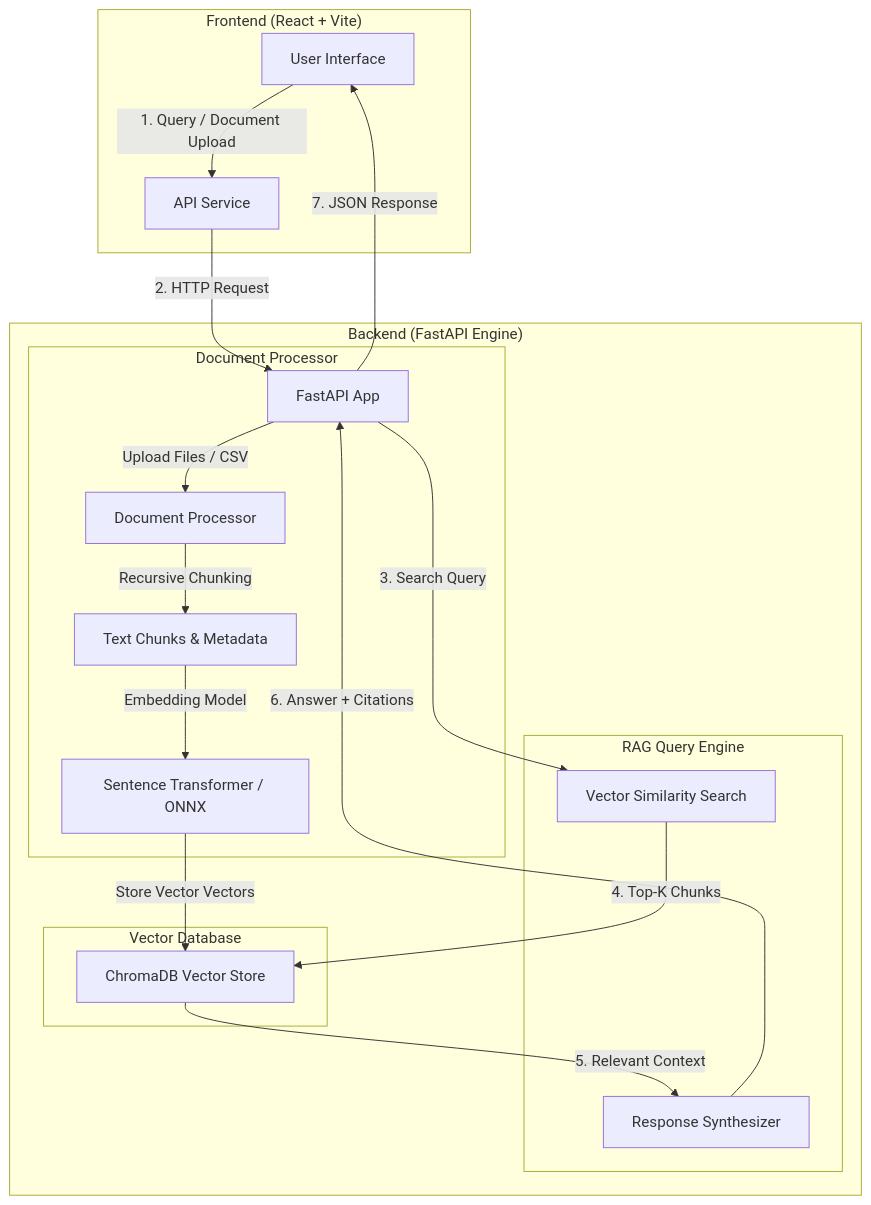
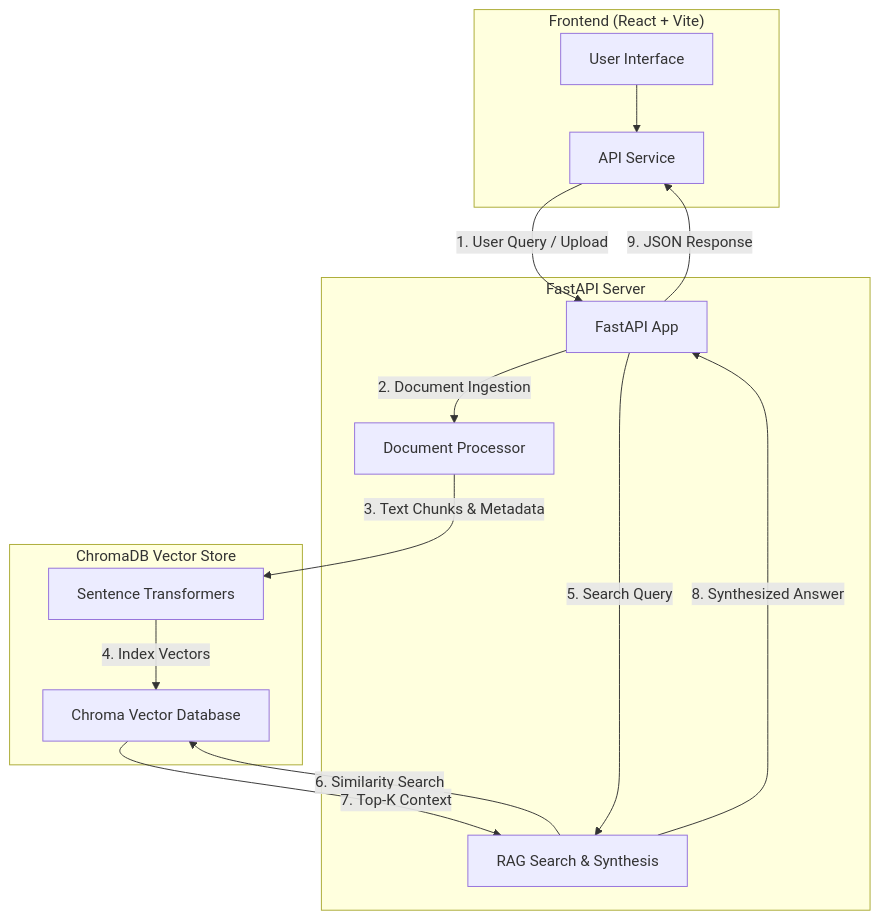
The diagram in README.md (ThilakesB/Bank-of-Librio), drawn with Mermaid before and after one commit.

Commit message:
Fix Mermaid diagram syntax for GitHub renderer compatibility

````diff
--- a/README.md
+++ b/README.md
@@ -13,29 +13,29 @@
 ```mermaid
 flowchart TD
-    subgraph Client ["Frontend (React + Vite)"]
-        UI[User Interface] -->|1. Query / Document Upload| APIClient[API Service]
+    subgraph Frontend["Frontend (React + Vite)"]
+        UI["User Interface"]
+        APIClient["API Service"]
+        UI --> APIClient
     end
 
-    subgraph Backend ["Backend (FastAPI Engine)"]
-        APIClient -->|2. HTTP Request| FastAPI[FastAPI App]
-        
-        subgraph Ingestion ["Document Processor"]
-            FastAPI -->|Upload Files / CSV| DocProc[Document Processor]
-            DocProc -->|Recursive Chunking| Chunks[Text Chunks & Metadata]
-            Chunks -->|Embedding Model| Embedder[Sentence Transformer / ONNX]
-        end
-
-        subgraph Storage ["Vector Database"]
-            Embedder -->|Store Vector Vectors| Chroma[ChromaDB Vector Store]
-        end
-
-        subgraph RAG ["RAG Query Engine"]
-            FastAPI -->|3. Search Query| VectorQuery[Vector Similarity Search]
-            VectorQuery -->|4. Top-K Chunks| Chroma
-            Chroma -->|5. Relevant Context| ResponseSynth[Response Synthesizer]
-            ResponseSynth -->|6. Answer + Citations| FastAPI
-        end
+    subgraph Backend["FastAPI Server"]
+        API["FastAPI App"]
+        DocProc["Document Processor"]
+        RAGEngine["RAG Search & Synthesis"]
     end
 
-    FastAPI -->|7. JSON Response| UI
+    subgraph Database["ChromaDB Vector Store"]
+        Embeddings["Sentence Transformers"]
+        VectorDB["Chroma Vector Database"]
+    end
+
+    APIClient -->|"1. User Query / Upload"| API
+    API -->|"2. Document Ingestion"| DocProc
+    DocProc -->|"3. Text Chunks & Metadata"| Embeddings
+    Embeddings -->|"4. Index Vectors"| VectorDB
+    API -->|"5. Search Query"| RAGEngine
+    RAGEngine -->|"6. Similarity Search"| VectorDB
+    VectorDB -->|"7. Top-K Context"| RAGEngine
+    RAGEngine -->|"8. Synthesized Answer"| API
+    API -->|"9. JSON Response"| APIClient
 ```
````
